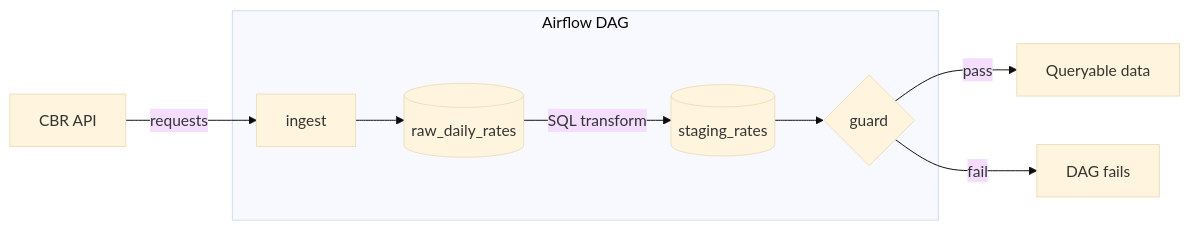
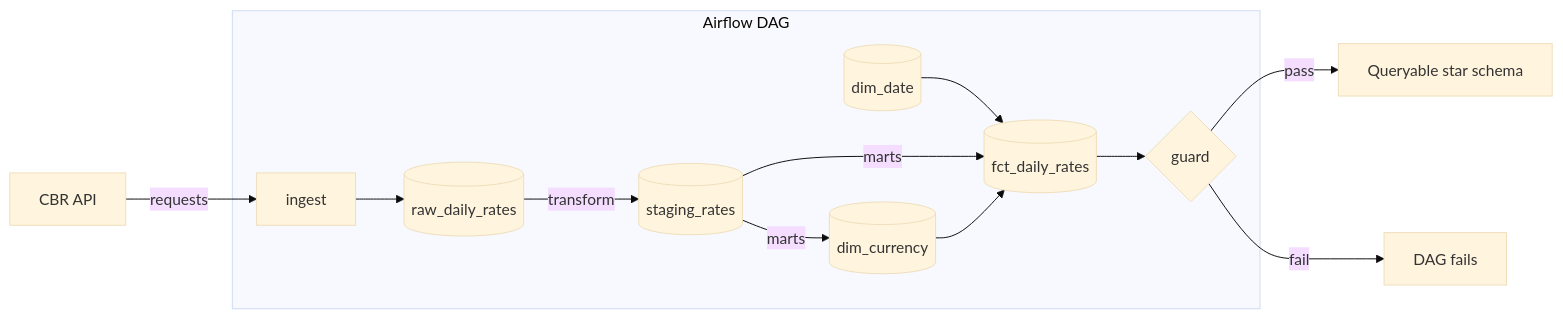
The diagram in README.md (eyshenrory/actual-valute), drawn with Mermaid (base theme) before and after one commit. The commit also changed other lines of this file, not shown here.

````diff
--- a/README.md
+++ b/README.md
@@ -11,16 +11,23 @@
 ```mermaid
 flowchart LR
     A[CBR API] -->|requests| B[ingest]
     B --> C[(raw_daily_rates)]
-    C -->|SQL transform| D[(staging_rates)]
-    D --> E{guard}
-    E -->|pass| F[Queryable data]
-    E -->|fail| G[DAG fails]
-
+    C -->|transform| D[(staging_rates)]
+    D -->|marts| E[(dim_currency)]
+    F[(dim_date)] --> G
+    D -->|marts| G[(fct_daily_rates)]
+    E --> G
+    G --> H{guard}
+    H -->|pass| I[Queryable star schema]
+    H -->|fail| J[DAG fails]
+ 
     subgraph Airflow DAG
         B
         C
         D
         E
+        F
+        G
+        H
     end
 ```
````
